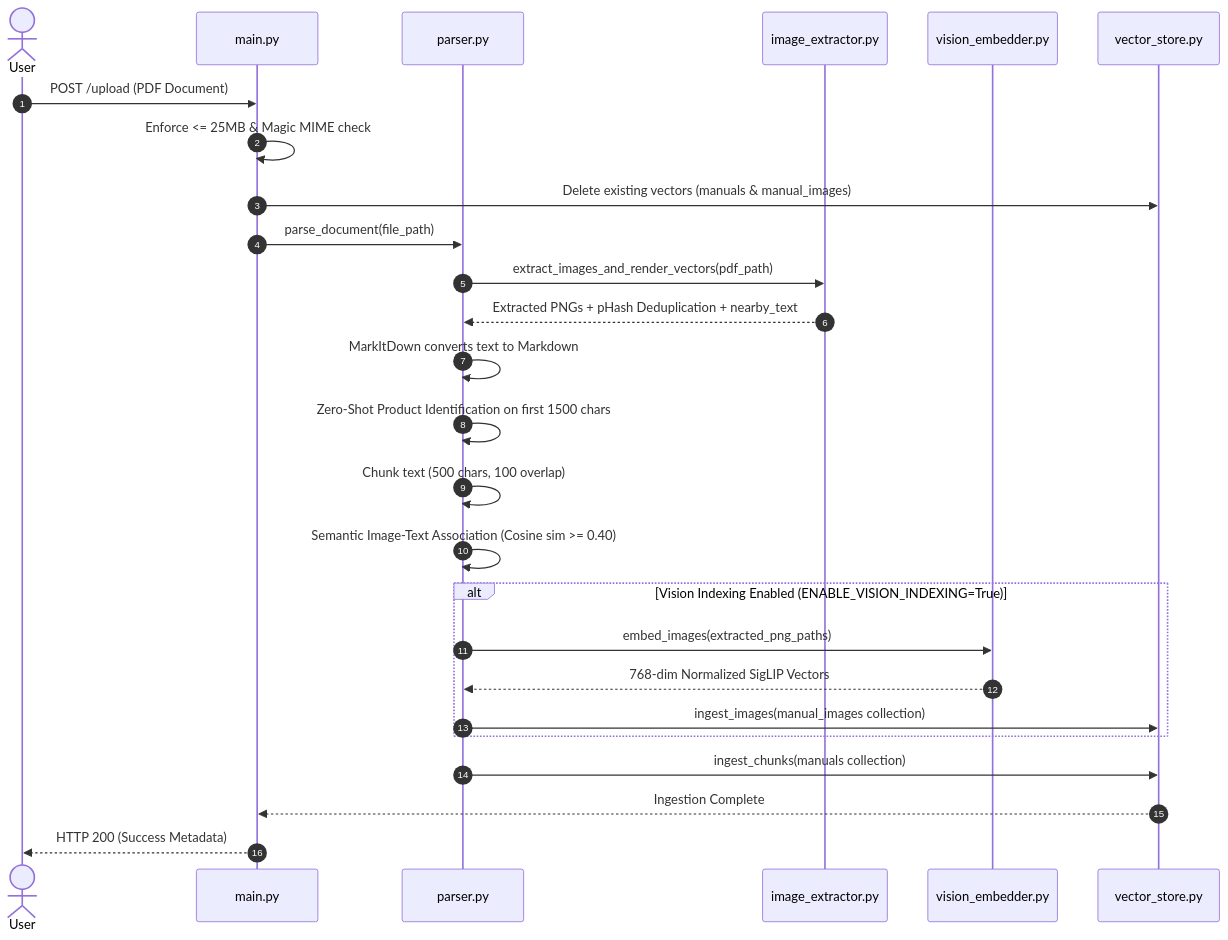
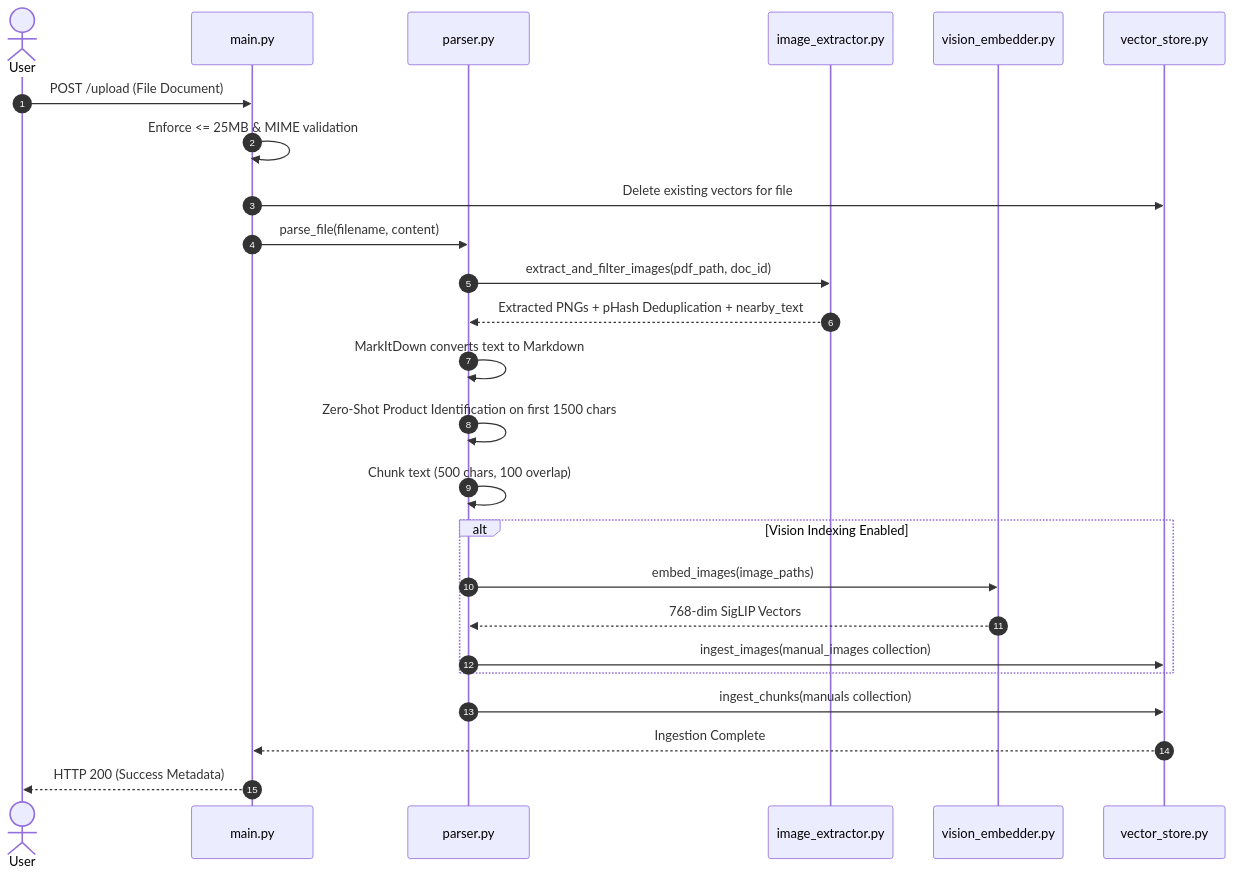
One commit to Santhosh-p653/rag-multimodal-assistant changed the second of 2 diagrams in context.md. Above: the diagram before and after it, drawn with Mermaid. The commit also changed other lines of this file and 2 other files, not shown here.

````diff
--- a/context.md
+++ b/context.md
@@ -71,31 +73,30 @@
 ```mermaid
 sequenceDiagram
     autonumber
     actor User
     participant Main as main.py
     participant Parser as parser.py
     participant Extractor as image_extractor.py
     participant SigLIP as vision_embedder.py
     participant Qdrant as vector_store.py
 
-    User->>Main: POST /upload (PDF Document)
-    Main->>Main: Enforce <= 25MB & Magic MIME check
-    Main->>Qdrant: Delete existing vectors (manuals & manual_images)
-    Main->>Parser: parse_document(file_path)
-    Parser->>Extractor: extract_images_and_render_vectors(pdf_path)
+    User->>Main: POST /upload (File Document)
+    Main->>Main: Enforce <= 25MB & MIME validation
+    Main->>Qdrant: Delete existing vectors for file
+    Main->>Parser: parse_file(filename, content)
+    Parser->>Extractor: extract_and_filter_images(pdf_path, doc_id)
     Extractor-->>Parser: Extracted PNGs + pHash Deduplication + nearby_text
     Parser->>Parser: MarkItDown converts text to Markdown
     Parser->>Parser: Zero-Shot Product Identification on first 1500 chars
     Parser->>Parser: Chunk text (500 chars, 100 overlap)
-    Parser->>Parser: Semantic Image-Text Association (Cosine sim >= 0.40)
     
-    alt Vision Indexing Enabled (ENABLE_VISION_INDEXING=True)
-        Parser->>SigLIP: embed_images(extracted_png_paths)
-        SigLIP-->>Parser: 768-dim Normalized SigLIP Vectors
+    alt Vision Indexing Enabled
+        Parser->>SigLIP: embed_images(image_paths)
+        SigLIP-->>Parser: 768-dim SigLIP Vectors
         Parser->>Qdrant: ingest_images(manual_images collection)
     end
 
     Parser->>Qdrant: ingest_chunks(manuals collection)
     Qdrant-->>Main: Ingestion Complete
     Main-->>User: HTTP 200 (Success Metadata)
 ```
````
